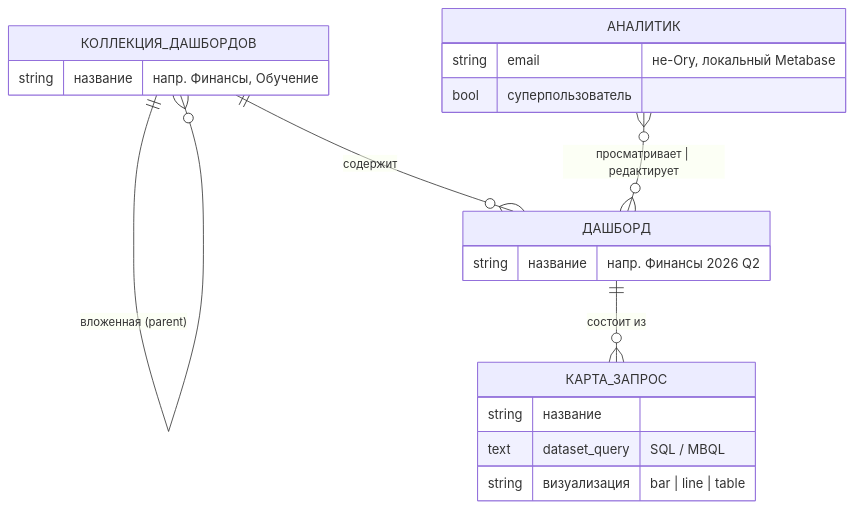
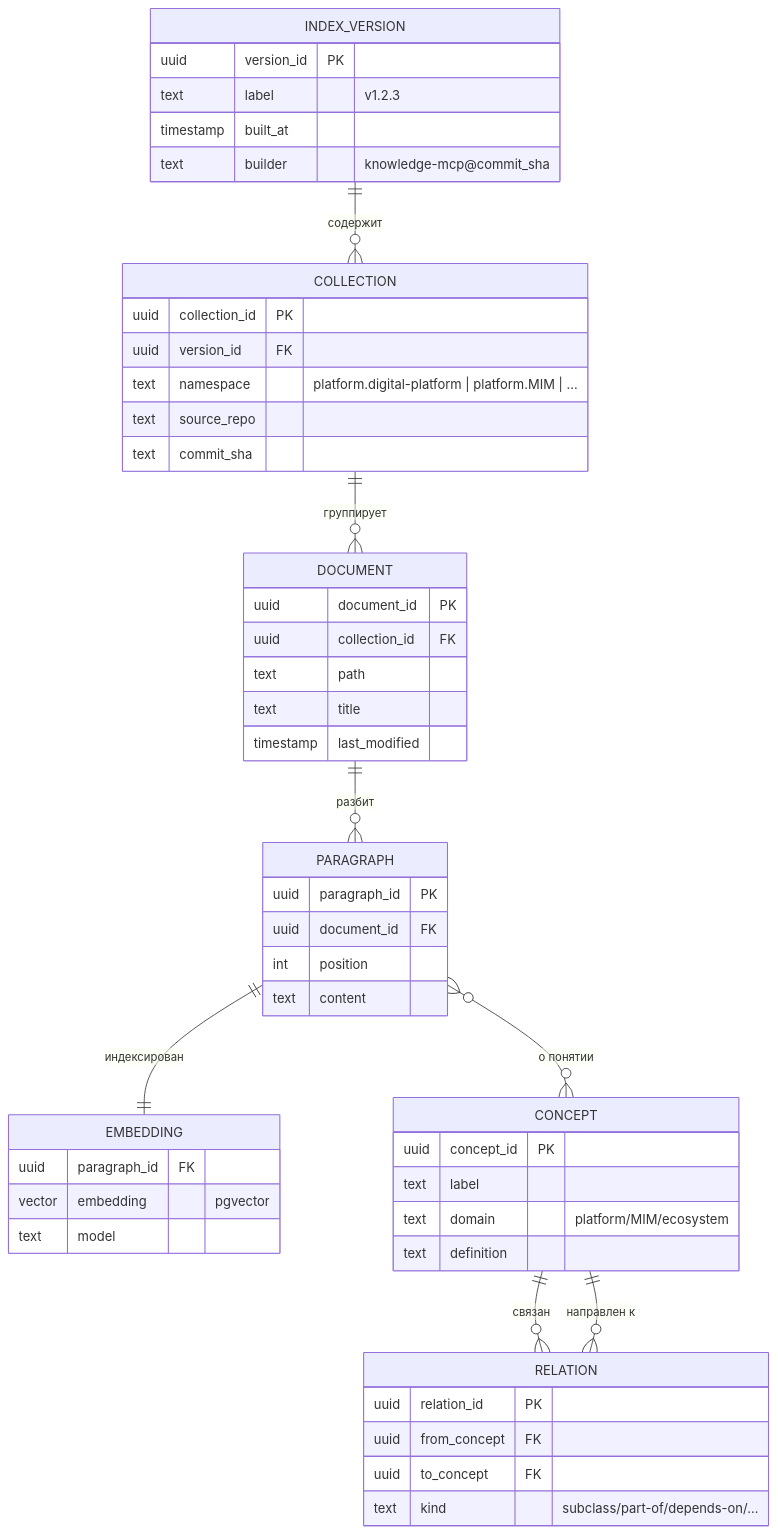
One commit to TserenTserenov/PACK-digital-platform changed the eighth of 17 diagrams in pack/digital-platform/02-domain-entities/DP.ARCH.004-neon-data-architecture.md. Above: the diagram before and after it, drawn with Mermaid. The commit also changed other lines of this file and 29 other files, not shown here.

````diff
--- a/pack/digital-platform/02-domain-entities/DP.ARCH.004-neon-data-architecture.md
+++ b/pack/digital-platform/02-domain-entities/DP.ARCH.004-neon-data-architecture.md
@@ -684,23 +729,54 @@
 ```mermaid
 erDiagram
-    КОЛЛЕКЦИЯ_ДАШБОРДОВ ||--o{ КОЛЛЕКЦИЯ_ДАШБОРДОВ : "вложенная (parent)"
-    КОЛЛЕКЦИЯ_ДАШБОРДОВ ||--o{ ДАШБОРД : "содержит"
-    ДАШБОРД ||--o{ КАРТА_ЗАПРОС : "состоит из"
-    АНАЛИТИК }o--o{ ДАШБОРД : "просматривает | редактирует"
+    INDEX_VERSION ||--o{ COLLECTION : "содержит"
+    COLLECTION ||--o{ DOCUMENT : "группирует"
+    DOCUMENT ||--o{ PARAGRAPH : "разбит"
+    PARAGRAPH ||--|| EMBEDDING : "индексирован"
+    CONCEPT ||--o{ RELATION : "связан"
+    RELATION }o--|| CONCEPT : "направлен к"
+    PARAGRAPH }o--o{ CONCEPT : "о понятии"
 
-    КОЛЛЕКЦИЯ_ДАШБОРДОВ {
-        string название "напр. Финансы, Обучение"
+    INDEX_VERSION {
+        uuid version_id PK
+        text label "v1.2.3"
+        timestamp built_at
+        text builder "knowledge-mcp@commit_sha"
     }
-    ДАШБОРД {
-        string название "напр. Финансы 2026 Q2"
+    COLLECTION {
+        uuid collection_id PK
+        uuid version_id FK
+        text namespace "platform.digital-platform | platform.MIM | …"
+        text source_repo
+        text commit_sha
     }
-    КАРТА_ЗАПРОС {
-        string название
-        text dataset_query "SQL / MBQL"
-        string визуализация "bar | line | table"
+    DOCUMENT {
+        uuid document_id PK
+        uuid collection_id FK
+        text path
+        text title
+        timestamp last_modified
     }
-    АНАЛИТИК {
-        string email "не-Ory, локальный Metabase"
-        bool суперпользователь
+    PARAGRAPH {
+        uuid paragraph_id PK
+        uuid document_id FK
+        int position
+        text content
+    }
+    EMBEDDING {
+        uuid paragraph_id FK
+        vector embedding "pgvector"
+        text model
+    }
+    CONCEPT {
+        uuid concept_id PK
+        text label
+        text domain "platform/MIM/ecosystem"
+        text definition
+    }
+    RELATION {
+        uuid relation_id PK
+        uuid from_concept FK
+        uuid to_concept FK
+        text kind "subclass/part-of/depends-on/…"
     }
 ```
````
